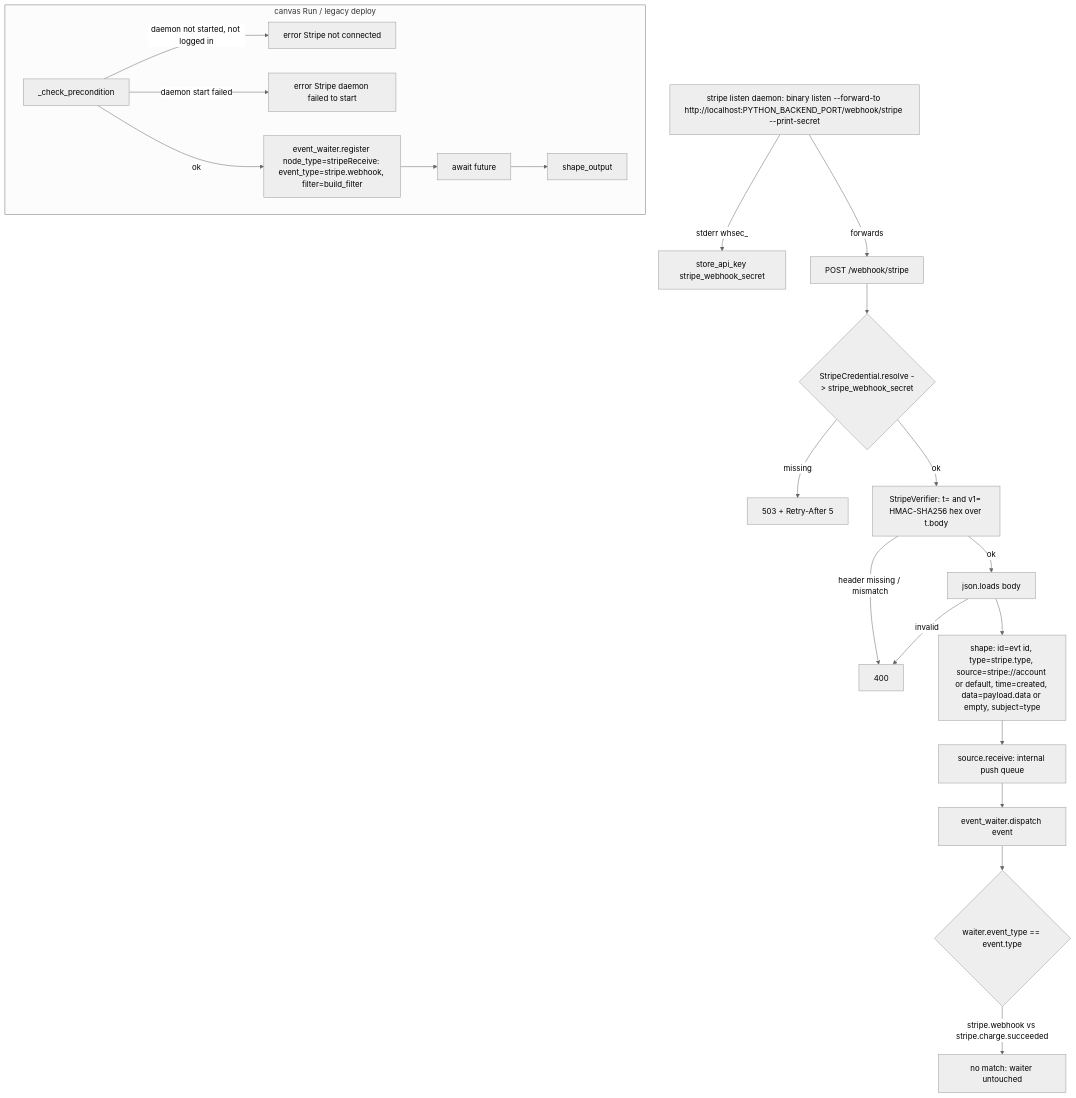
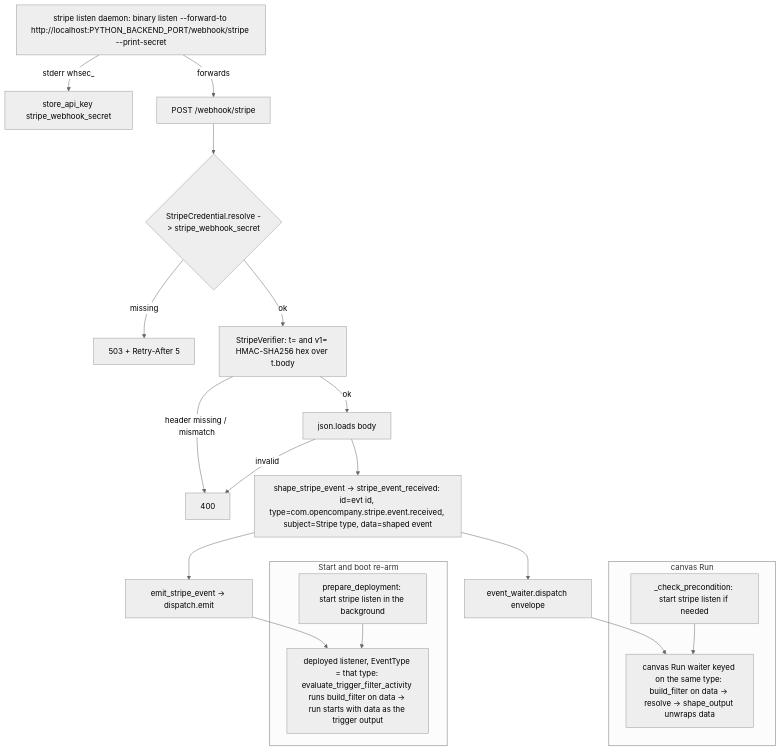
One commit to Addval-Connect/OpenCompany changed the diagram in docs-internal/node-logic-flows/stripe/stripeReceive.md. Above: the diagram before and after it, drawn with Mermaid (neutral theme). The commit also changed other lines of this file and 126 other files, not shown here.

````diff
--- a/docs-internal/node-logic-flows/stripe/stripeReceive.md
+++ b/docs-internal/node-logic-flows/stripe/stripeReceive.md
@@ -60,20 +64,21 @@
 ```mermaid
 flowchart TD
   L[stripe listen daemon: binary listen --forward-to http://localhost:PYTHON_BACKEND_PORT/webhook/stripe --print-secret] -- stderr whsec_ --> K[store_api_key stripe_webhook_secret]
   L -- forwards --> W[POST /webhook/stripe]
   W --> V{StripeCredential.resolve -> stripe_webhook_secret}
   V -- missing --> R503[503 + Retry-After 5]
   V -- ok --> H[StripeVerifier: t= and v1= HMAC-SHA256 hex over t.body]
   H -- header missing / mismatch --> R400[400]
   H -- ok --> J[json.loads body] -- invalid --> R400
-  J --> S[shape: id=evt id, type=stripe.type, source=stripe://account or default, time=created, data=payload.data or empty, subject=type]
-  S --> Q[source.receive: internal push queue] --> D[event_waiter.dispatch event]
-  D --> M{waiter.event_type == event.type}
-  M -- stripe.webhook vs stripe.charge.succeeded --> N[no match: waiter untouched]
-  subgraph canvas Run / legacy deploy
-    P[_check_precondition] -- daemon not started, not logged in --> E1[error Stripe not connected]
-    P -- daemon start failed --> E2[error Stripe daemon failed to start]
-    P -- ok --> G[event_waiter.register node_type=stripeReceive: event_type=stripe.webhook, filter=build_filter]
-    G --> A[await future] --> O[shape_output]
+  J --> S[shape_stripe_event -> stripe_event_received: id=evt id, type=com.opencompany.stripe.event.received, subject=Stripe type, data=shaped event]
+  S --> D1[event_waiter.dispatch envelope]
+  S --> D2[emit_stripe_event -> dispatch.emit]
+  D1 --> RUN[canvas Run waiter keyed on the same type: build_filter on data -> resolve -> shape_output unwraps data]
+  D2 --> DEP[deployed listener, EventType = that type: evaluate_trigger_filter_activity runs build_filter on data -> run starts with data as the trigger output]
+  subgraph canvas Run
+    P[_check_precondition: start stripe listen if needed] --> RUN
+  end
+  subgraph Start and boot re-arm
+    PD[prepare_deployment: start stripe listen in the background] --> DEP
   end
 ```
````
